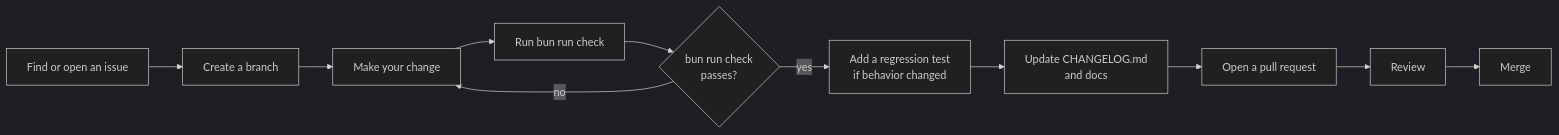
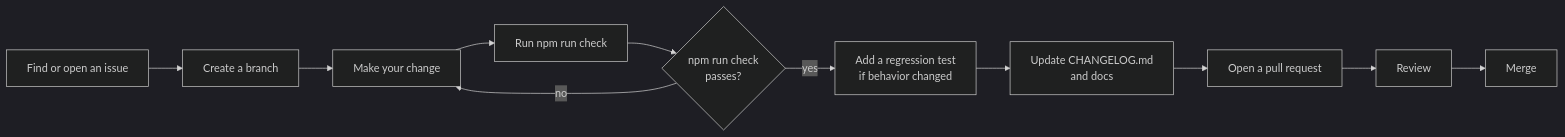
Before and after one commit to PhotoDotPi/envy: the first of 2 diagrams in CONTRIBUTING.md, drawn with Mermaid (dark theme). The commit also changed other lines of this file and 14 other files, not shown here.

````diff
--- a/CONTRIBUTING.md
+++ b/CONTRIBUTING.md
@@ -33,13 +33,13 @@
 ```mermaid
 flowchart LR
     A[Find or open an issue] --> B[Create a branch]
     B --> C[Make your change]
-    C --> D[Run bun run check]
-    D --> E{bun run check\npasses?}
+    C --> D[Run npm run check]
+    D --> E{npm run check\npasses?}
     E -- no --> C
     E -- yes --> F[Add a regression test\nif behavior changed]
     F --> G[Update CHANGELOG.md\nand docs]
     G --> H[Open a pull request]
     H --> I[Review]
     I --> J[Merge]
 ```
````
